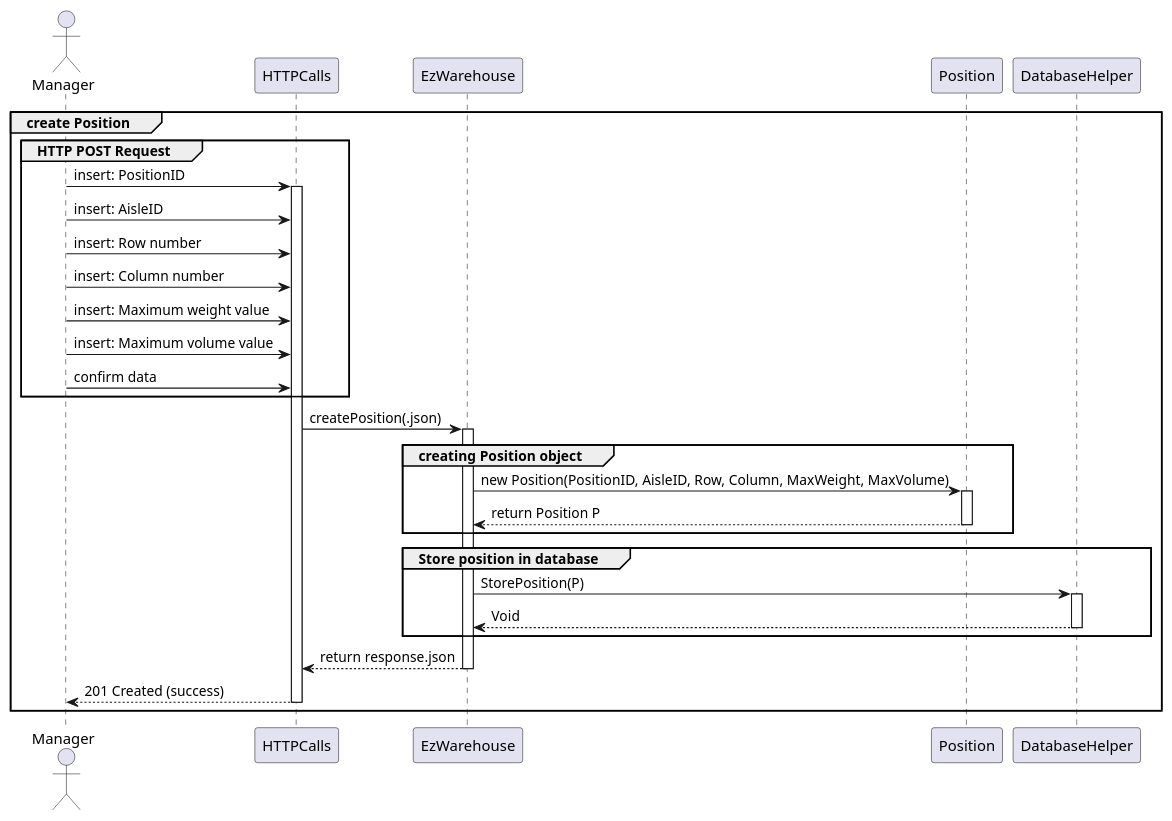
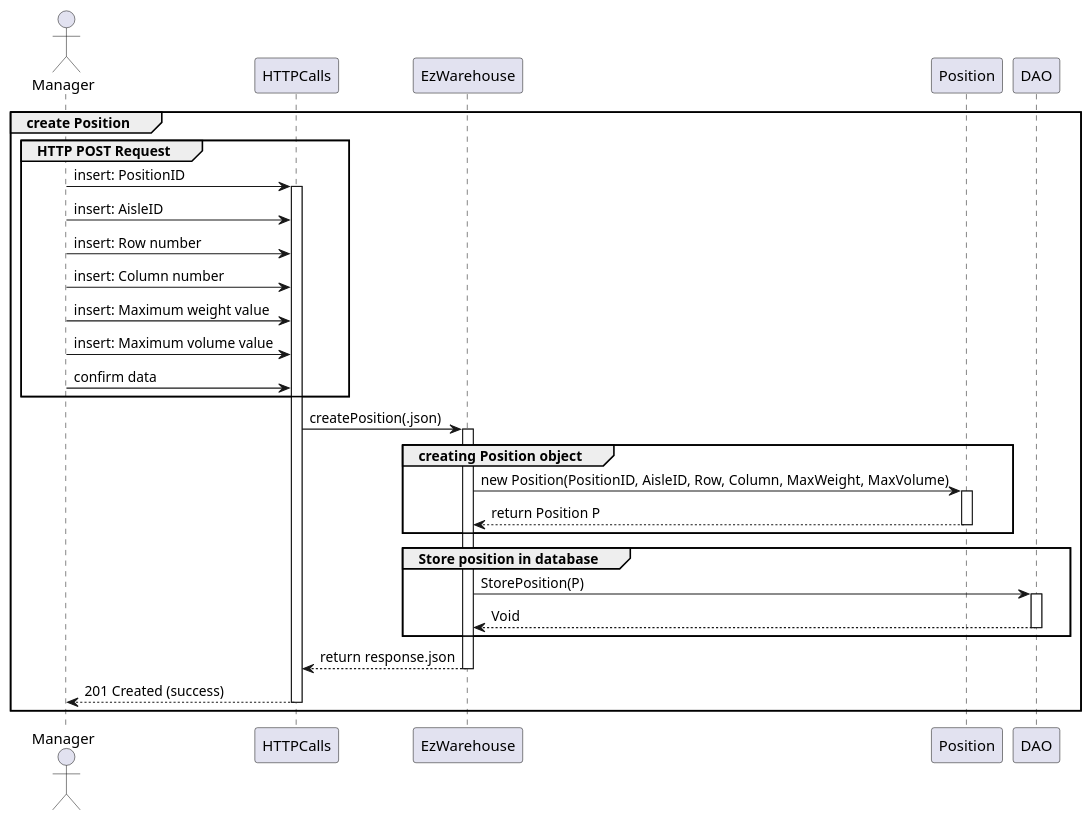
One commit to DavideArcolini/SoftEng_garbageCollector changed the sixth of 19 diagrams in DESIGN PART/DesignDocument.md. Above: the diagram before and after it, drawn with PlantUML. The commit also changed other lines of this file, not shown here.

````diff
--- a/DESIGN PART/DesignDocument.md
+++ b/DESIGN PART/DesignDocument.md
@@ -476,41 +407,41 @@
 ```plantuml
 actor Manager as Manager
 participant HTTPCalls as HTTPCalls
 participant EzWarehouse as EzWarehouse
 participant Position as Position
-participant DatabaseHelper as DatabaseHelper
+participant DAO as DAO
 
 group create Position
 group HTTP POST Request
 Manager -> HTTPCalls: insert: PositionID
 activate HTTPCalls
 Manager -> HTTPCalls: insert: AisleID
 Manager -> HTTPCalls: insert: Row number
 Manager -> HTTPCalls: insert: Column number
 Manager -> HTTPCalls: insert: Maximum weight value
 Manager -> HTTPCalls: insert: Maximum volume value
 Manager -> HTTPCalls: confirm data
 end
 
 HTTPCalls -> EzWarehouse: createPosition(.json)
 activate EzWarehouse
 group creating Position object
 EzWarehouse -> Position: new Position(PositionID, AisleID, Row, Column, MaxWeight, MaxVolume)
 activate Position
 Position --> EzWarehouse: return Position P
 deactivate Position
 end
 
 group Store position in database
-EzWarehouse -> DatabaseHelper: StorePosition(P)
-activate DatabaseHelper
-DatabaseHelper --> EzWarehouse: Void
-deactivate DatabaseHelper
+EzWarehouse -> DAO: StorePosition(P)
+activate DAO
+DAO --> EzWarehouse: Void
+deactivate DAO
 end
 
 EzWarehouse --> HTTPCalls: return response.json
 deactivate EzWarehouse
 HTTPCalls --> Manager: 201 Created (success)
 deactivate HTTPCalls
 end
 ```
````
